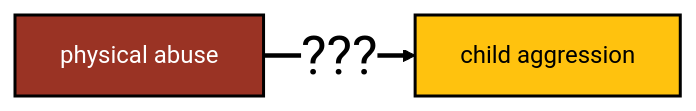
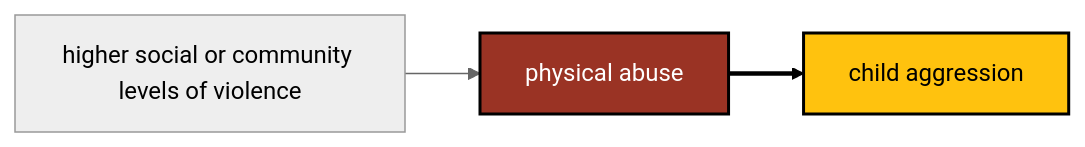
One commit to agrogan1/closeread changed the diagram in normativeness-of-violence/README.md. Above: the diagram before and after it, drawn with Mermaid (neutral theme). The commit also changed other lines of this file, not shown here.

Commit message:
Update README with community violence research findings
Added evidence linking community violence to physical abuse and child aggression.

````diff
--- a/normativeness-of-violence/README.md
+++ b/normativeness-of-violence/README.md
@@ -1,20 +3,22 @@
 ```mermaid
 %%| label: fig-question-1
 
 flowchart LR
 
   classDef yellow fill:#FFC20E,stroke:#000000,stroke-width:2px,color:#000000;
   
   classDef blue fill:#374EA2,stroke:#000000,stroke-width:2px,color:#FFFFFF;
   
   classDef green fill:#00833D,stroke:#000000,stroke-width:2px,color:#FFFFFF;
   
   classDef orange fill:#D86018,stroke:#000000,stroke-width:2px,color:#FFFFFF;
   
   classDef red fill:#9A3324,stroke:#000000,stroke-width:2px,color:#FFFFFF;
   
-  abuse[physical abuse]:::red --> |"???"| aggression[child aggression]:::yellow
+  abuse[physical abuse]:::red --> aggression[child aggression]:::yellow
+
+  macroviolence[higher social or community levels of violence] --> abuse
 
   linkStyle 0 stroke:#000000,stroke-width:3px,font-size:36px,color:black;
 
 ```
````
